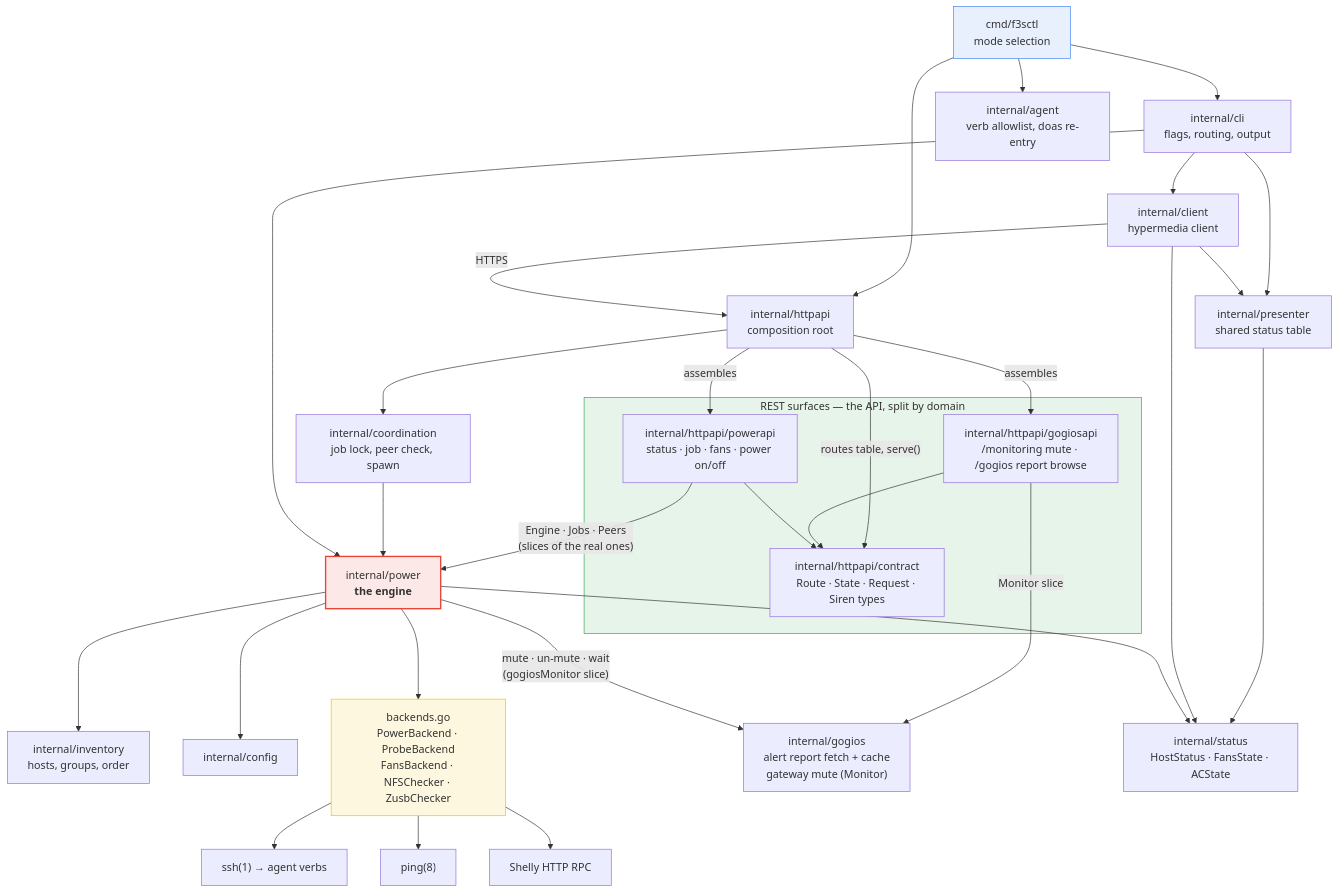
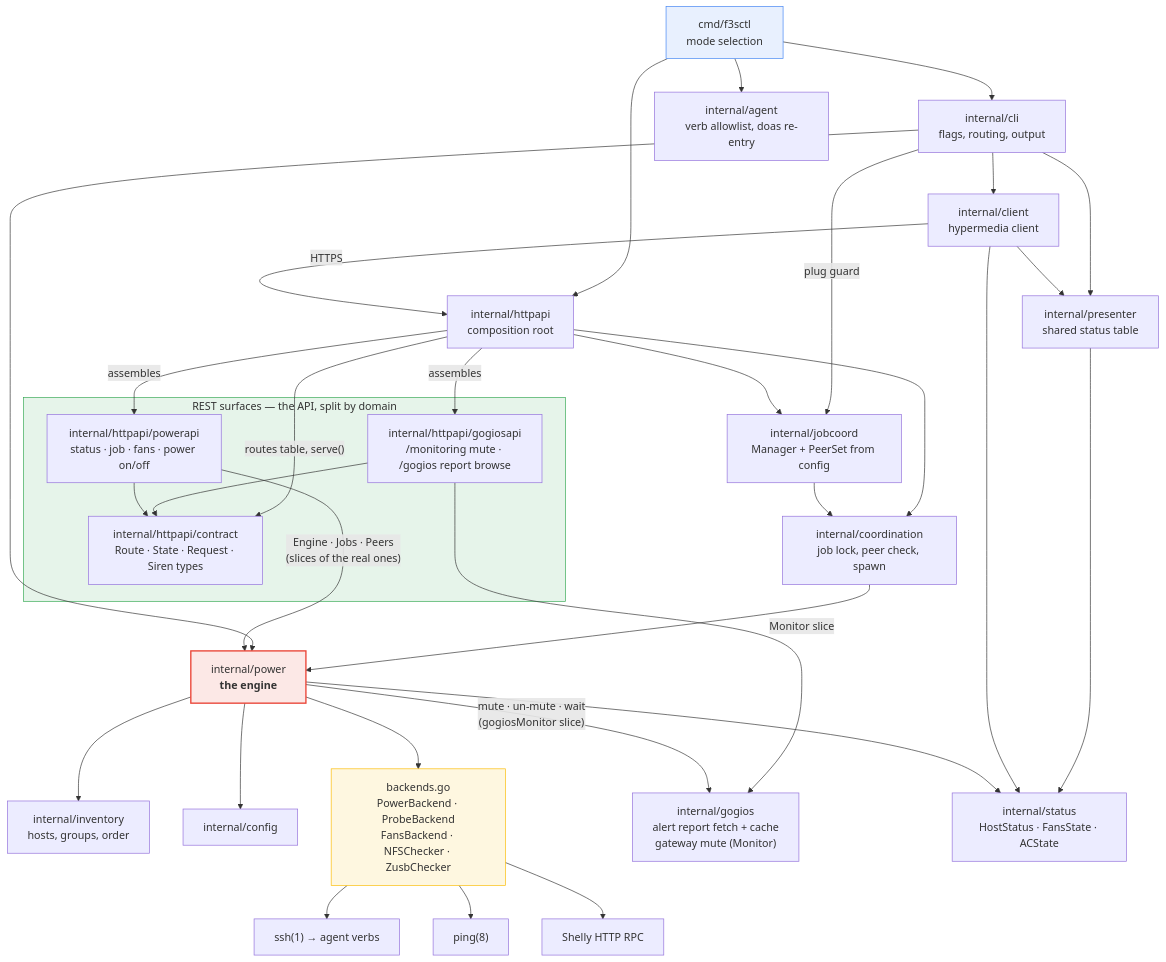
The second of 5 diagrams in docs/ARCHITECTURE.md (snonux/f3sctl), drawn with Mermaid before and after one commit. The commit also changed other lines of this file and 15 other files, not shown here.

First line of the commit message:
cli: fail the local plug guard closed on any job state it cannot know

````diff
--- a/docs/ARCHITECTURE.md
+++ b/docs/ARCHITECTURE.md
@@ -61,46 +61,49 @@
 ```mermaid
 flowchart TD
     MAIN["cmd/f3sctl<br/>mode selection"]
 
     MAIN --> CLI["internal/cli<br/>flags, routing, output"]
     MAIN --> API["internal/httpapi<br/>composition root"]
     MAIN --> AGENT["internal/agent<br/>verb allowlist, doas re-entry"]
 
     subgraph SURFACES["REST surfaces — the API, split by domain"]
         CONTRACT["internal/httpapi/contract<br/>Route · State · Request · Siren types"]
         GOGIOSAPI["internal/httpapi/gogiosapi<br/>/monitoring mute · /gogios report browse"]
         POWERAPI["internal/httpapi/powerapi<br/>status · job · fans · power on/off"]
     end
 
     API -->|"routes table, serve()"| CONTRACT
     GOGIOSAPI --> CONTRACT
     POWERAPI --> CONTRACT
     API -->|"assembles"| GOGIOSAPI
     API -->|"assembles"| POWERAPI
 
     CLI --> CLIENT["internal/client<br/>hypermedia client"]
     CLIENT -->|HTTPS| API
     API --> COORD["internal/coordination<br/>job lock, peer check, spawn"]
+    CLI -->|"plug guard"| JOBCOORD["internal/jobcoord<br/>Manager + PeerSet from config"]
+    API --> JOBCOORD
+    JOBCOORD --> COORD
     COORD --> POWER
     CLI --> POWER["internal/power<br/><b>the engine</b>"]
     POWERAPI -->|"Engine · Jobs · Peers<br/>(slices of the real ones)"| POWER
     POWER --> INV["internal/inventory<br/>hosts, groups, order"]
     POWER --> CFG["internal/config"]
     POWER --> BACK["backends.go<br/>PowerBackend · ProbeBackend<br/>FansBackend · NFSChecker · ZusbChecker"]
     BACK --> SSH["ssh(1) → agent verbs"]
     BACK --> PING["ping(8)"]
     BACK --> HTTP["Shelly HTTP RPC"]
     GOGIOSAPI -->|"Monitor slice"| REPORT["internal/gogios<br/>alert report fetch + cache<br/>gateway mute (Monitor)"]
     POWER -->|"mute · un-mute · wait<br/>(gogiosMonitor slice)"| REPORT
 
     CLI --> PRES["internal/presenter<br/>shared status table"]
     CLIENT --> PRES
     PRES --> STATUS["internal/status<br/>HostStatus · FansState · ACState"]
     CLIENT --> STATUS
     POWER --> STATUS
 
     style POWER fill:#fce8e6,stroke:#ea4335,stroke-width:2px
     style BACK fill:#fef7e0,stroke:#fbbc04
     style SURFACES fill:#e6f4ea,stroke:#34a853
     style MAIN fill:#e8f0fe,stroke:#4285f4
 ```
````
